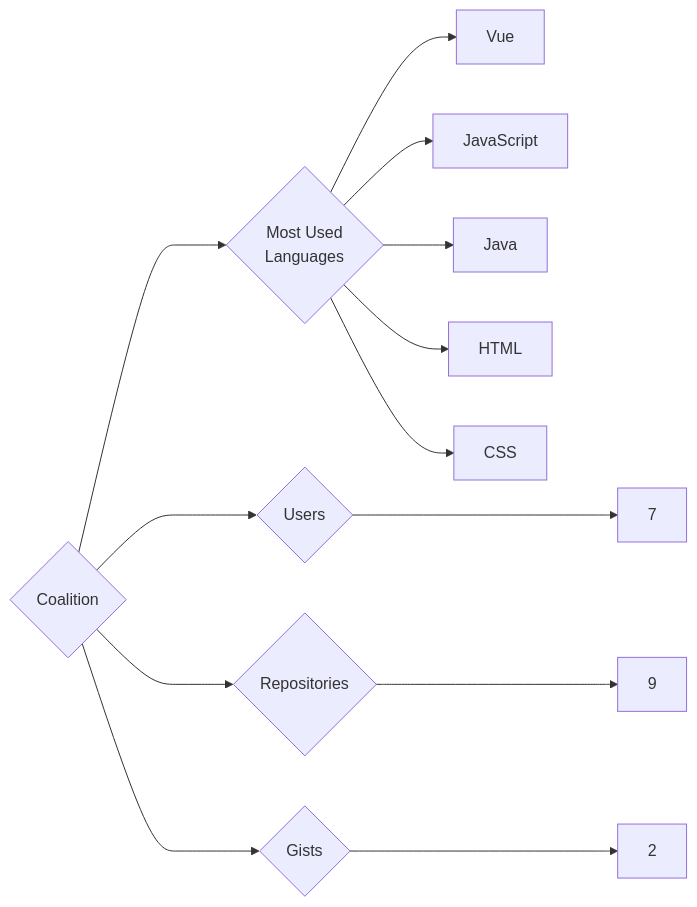
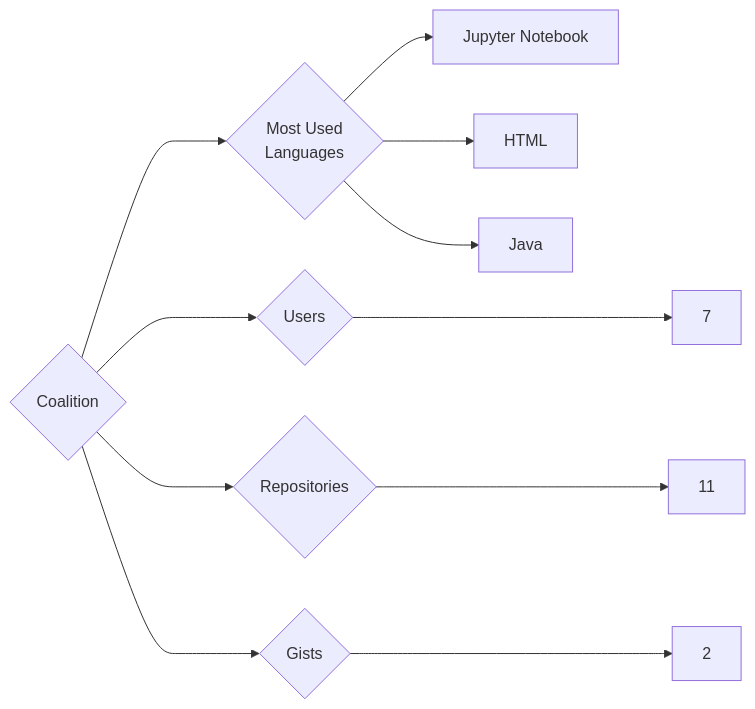
The diagram in targets/Coalition/README.md (trickest/insiders), drawn with Mermaid before and after one commit. The commit also changed 912 other files, not shown here.

````diff
--- a/targets/Coalition/README.md
+++ b/targets/Coalition/README.md
@@ -3,13 +3,11 @@
 ```mermaid
 graph LR
 COMPANY_NAME{Coalition}
 COMPANY_NAME ---> U{Users} ---> UN[7]
-COMPANY_NAME ---> R{Repositories} ---> RN[9]
+COMPANY_NAME ---> R{Repositories} ---> RN[11]
 COMPANY_NAME ---> G{Gists} ---> GN[2]
 COMPANY_NAME ---> ML{Most Used<br>Languages}
-ML --> Vue[Vue]
-ML --> JavaScript[JavaScript]
+ML --> Jupyter_Notebook[Jupyter Notebook]
+ML --> HTML[HTML]
 ML --> Java[Java]
-ML --> HTML[HTML]
-ML --> CSS[CSS]
 ```
````
